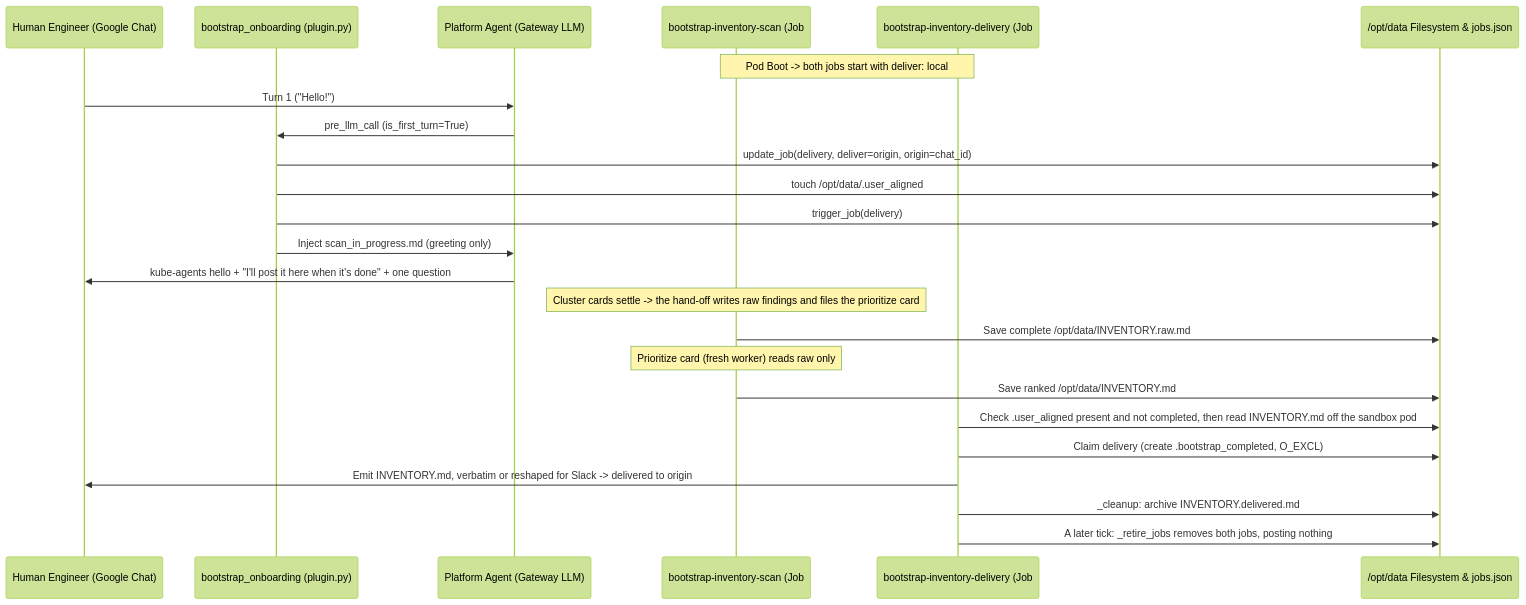
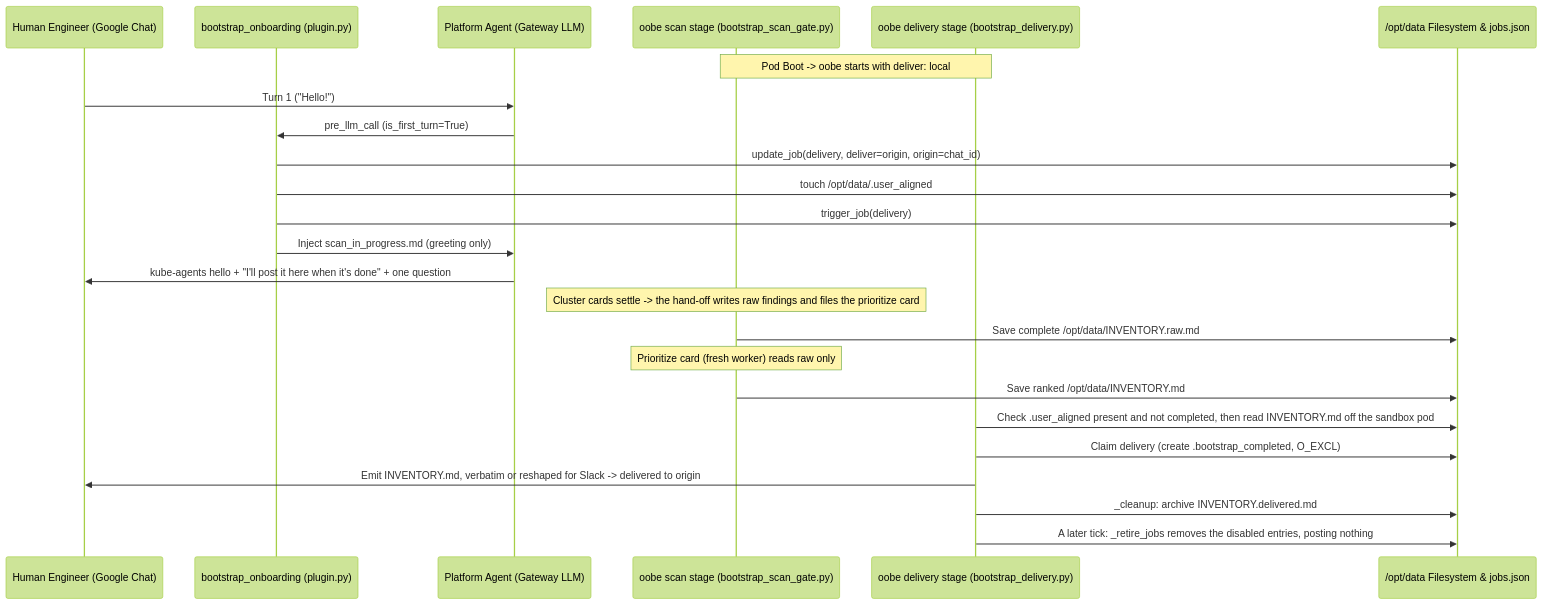
The second of 3 diagrams in agents/chat/defaults/plugins/bootstrap_onboarding/README.md (Fuxiao-Gao/kube-agents), drawn with Mermaid (forest theme) before and after one commit. The commit also changed other lines of this file and 33 other files, not shown here.

Commit message:
feat(onboarding): run the inventory scan and report delivery as stages of the oobe job (#2846)

````diff
--- a/agents/chat/defaults/plugins/bootstrap_onboarding/README.md
+++ b/agents/chat/defaults/plugins/bootstrap_onboarding/README.md
@@ -123,27 +134,27 @@
 ```mermaid
 sequenceDiagram
     participant User as Human Engineer (Google Chat)
     participant Hook as bootstrap_onboarding (plugin.py)
     participant Agent as Platform Agent (Gateway LLM)
-    participant Scan as bootstrap-inventory-scan (Job #1, LLM)
-    participant Deliver as bootstrap-inventory-delivery (Job #2, no_agent script)
+    participant Scan as oobe scan stage (bootstrap_scan_gate.py)
+    participant Deliver as oobe delivery stage (bootstrap_delivery.py)
     participant Disk as /opt/data Filesystem & jobs.json
 
-    Note over Scan,Deliver: Pod Boot -> both jobs start with deliver: local
+    Note over Scan,Deliver: Pod Boot -> oobe starts with deliver: local
     User->>Agent: Turn 1 ("Hello!")
     Agent->>Hook: pre_llm_call (is_first_turn=True)
     Hook->>Disk: update_job(delivery, deliver=origin, origin=chat_id)
     Hook->>Disk: touch /opt/data/.user_aligned
     Hook->>Disk: trigger_job(delivery)
     Hook->>Agent: Inject scan_in_progress.md (greeting only)
     Agent->>User: kube-agents hello + "I'll post it here when it's done" + one question
     Note over Scan: Cluster cards settle -> the hand-off writes raw findings and files the prioritize card
     Scan->>Disk: Save complete /opt/data/INVENTORY.raw.md
     Note over Scan: Prioritize card (fresh worker) reads raw only
     Scan->>Disk: Save ranked /opt/data/INVENTORY.md
     Deliver->>Disk: Check .user_aligned present and not completed, then read INVENTORY.md off the sandbox pod
     Deliver->>Disk: Claim delivery (create .bootstrap_completed, O_EXCL)
     Deliver->>User: Emit INVENTORY.md, verbatim or reshaped for Slack -> delivered to origin
     Deliver->>Disk: _cleanup: archive INVENTORY.delivered.md
-    Deliver->>Disk: A later tick: _retire_jobs removes both jobs, posting nothing
+    Deliver->>Disk: A later tick: _retire_jobs removes the disabled entries, posting nothing
 ```
````
